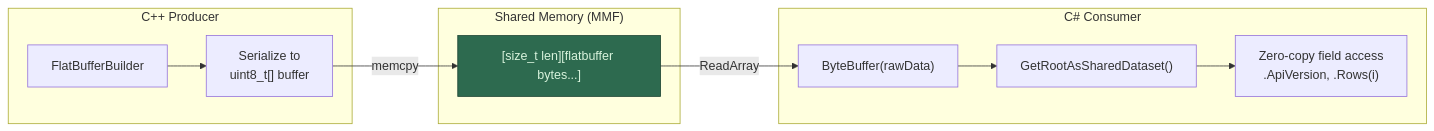
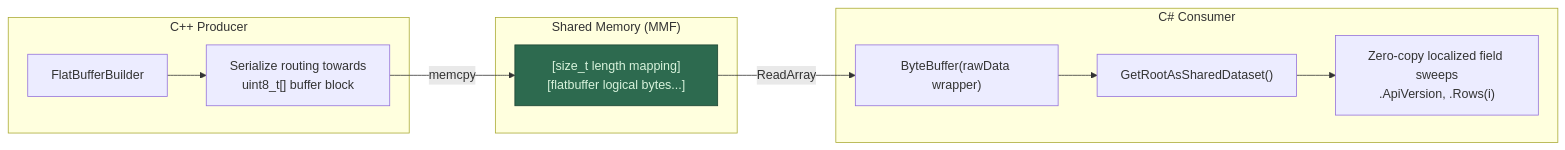
Before and after one commit to snodeplannen/sharedvar: the seventh of 23 diagrams in SharedValueV3_MemMap/ARCHITECTURE.md, drawn with Mermaid. The commit also changed other lines of this file and 90 other files, not shown here.

````diff
--- a/SharedValueV3_MemMap/ARCHITECTURE.md
+++ b/SharedValueV3_MemMap/ARCHITECTURE.md
@@ -257,22 +257,22 @@
 ```mermaid
 flowchart LR
     subgraph "C++ Producer"
         B["FlatBufferBuilder"]
-        B --> S["Serialize to<br/>uint8_t[] buffer"]
+        B --> S["Serialize routing towards<br/>uint8_t[] buffer block"]
     end
 
     subgraph "Shared Memory (MMF)"
-        MEM["[size_t len][flatbuffer bytes...]"]
+        MEM["[size_t length mapping][flatbuffer logical bytes...]"]
     end
 
     subgraph "C# Consumer"
-        BB["ByteBuffer(rawData)"]
+        BB["ByteBuffer(rawData wrapper)"]
         BB --> ROOT["GetRootAsSharedDataset()"]
-        ROOT --> FIELD["Zero-copy field access<br/>.ApiVersion, .Rows(i)"]
+        ROOT --> FIELD["Zero-copy localized field sweeps<br/>.ApiVersion, .Rows(i)"]
     end
 
     S -->|"memcpy"| MEM
     MEM -->|"ReadArray"| BB
 
     style MEM fill:#2d6a4f,stroke:#1b4332,color:#d8f3dc
 ```
````
